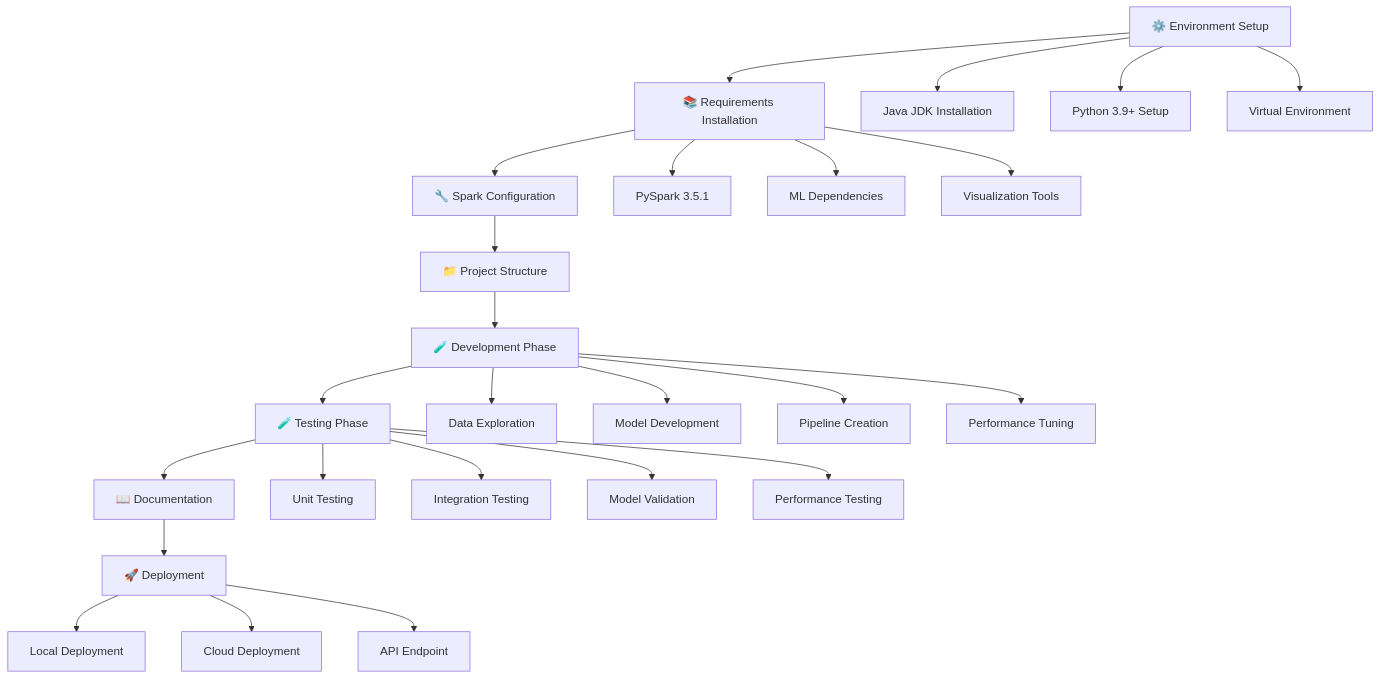
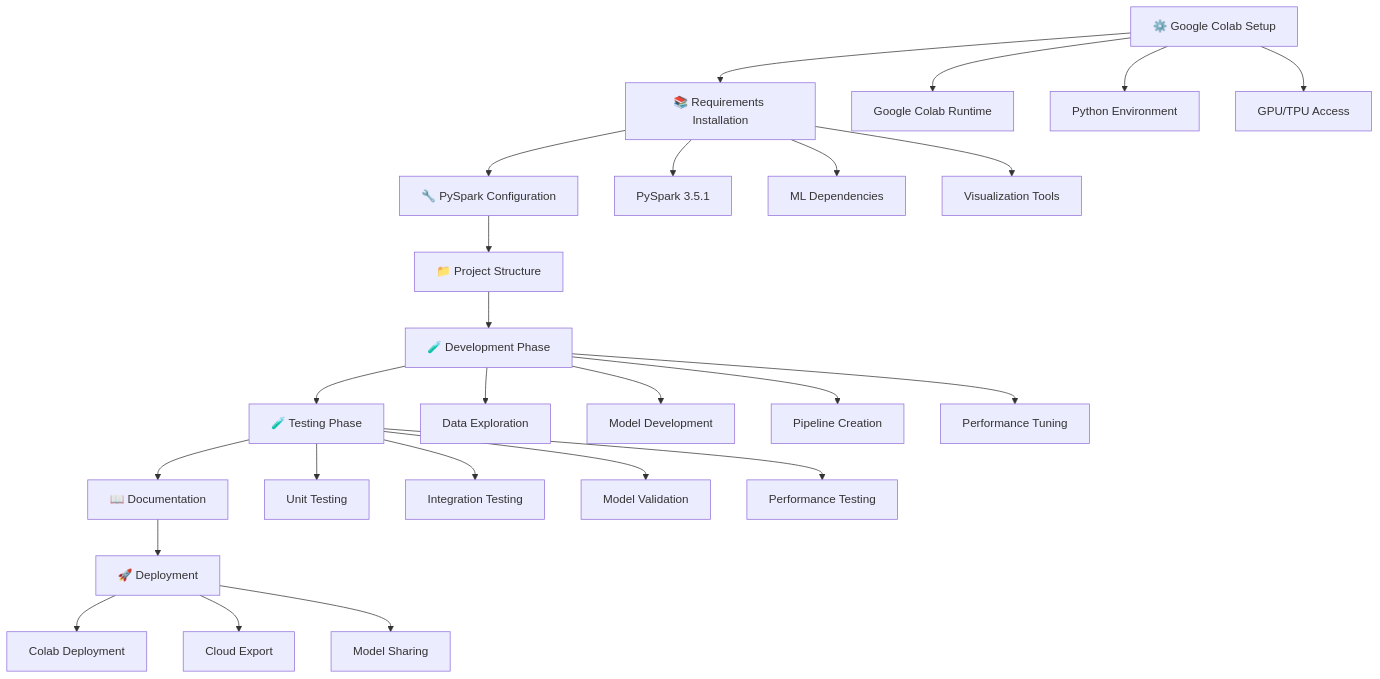
Before and after one commit to HAM0909/Heart-Disease-Risk-Prediction: the third of 6 diagrams in README.md, drawn with Mermaid. The commit also changed other lines of this file, not shown here.

First line of the commit message:
fix: Fix mermaid diagram syntax and remove Java references

````diff
--- a/README.md
+++ b/README.md
@@ -159,32 +158,32 @@
 ```mermaid
 graph TD
-    A[⚙️ Environment Setup] --> B[📚 Requirements Installation]
-    B --> C[🔧 Spark Configuration]
-    C --> D[📁 Project Structure]
-    D --> E[🧪 Development Phase]
-    E --> F[🧪 Testing Phase]
-    F --> G[📖 Documentation]
-    G --> H[🚀 Deployment]
+    A["⚙️ Google Colab Setup"] --> B["📚 Requirements Installation"]
+    B --> C["🔧 PySpark Configuration"]
+    C --> D["📁 Project Structure"]
+    D --> E["🧪 Development Phase"]
+    E --> F["🧪 Testing Phase"]
+    F --> G["📖 Documentation"]
+    G --> H["🚀 Deployment"]
     
-    A --> A1[Java JDK Installation]
-    A --> A2[Python 3.9+ Setup]
-    A --> A3[Virtual Environment]
+    A --> A1["Google Colab Runtime"]
+    A --> A2["Python Environment"]
+    A --> A3["GPU/TPU Access"]
     
-    B --> B1[PySpark 3.5.1]
-    B --> B2[ML Dependencies]
-    B --> B3[Visualization Tools]
+    B --> B1["PySpark 3.5.1"]
+    B --> B2["ML Dependencies"]
+    B --> B3["Visualization Tools"]
     
-    E --> E1[Data Exploration]
-    E --> E2[Model Development]
-    E --> E3[Pipeline Creation]
-    E --> E4[Performance Tuning]
+    E --> E1["Data Exploration"]
+    E --> E2["Model Development"]
+    E --> E3["Pipeline Creation"]
+    E --> E4["Performance Tuning"]
     
-    F --> F1[Unit Testing]
-    F --> F2[Integration Testing]
-    F --> F3[Model Validation]
-    F --> F4[Performance Testing]
+    F --> F1["Unit Testing"]
+    F --> F2["Integration Testing"]
+    F --> F3["Model Validation"]
+    F --> F4["Performance Testing"]
     
-    H --> H1[Local Deployment]
-    H --> H2[Cloud Deployment]
-    H --> H3[API Endpoint]
+    H --> H1["Colab Deployment"]
+    H --> H2["Cloud Export"]
+    H --> H3["Model Sharing"]
 ```
````
